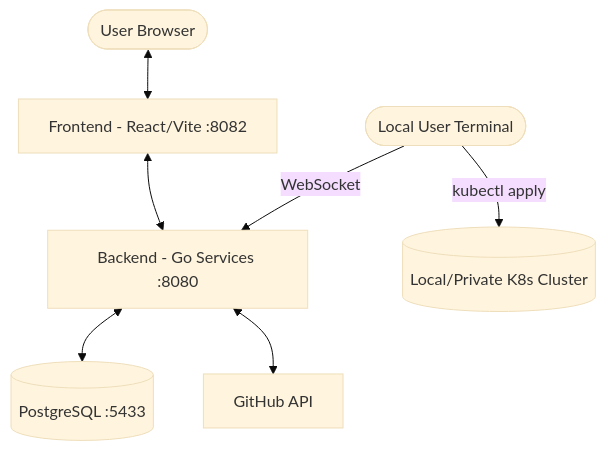
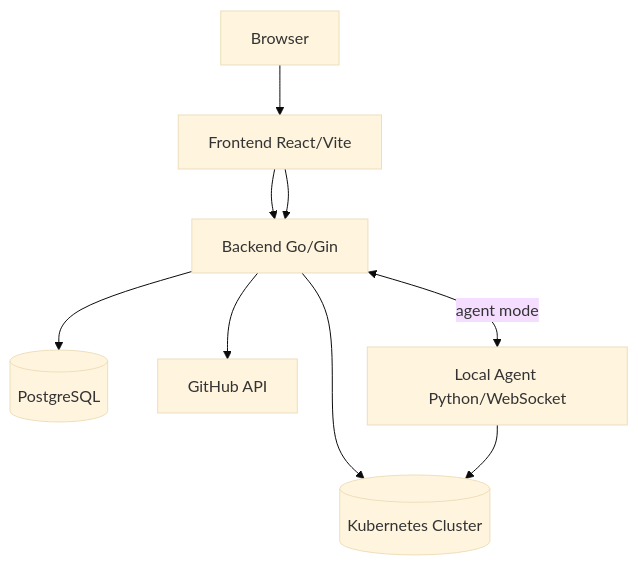
One commit to Aegios-k8s/major-project changed the diagram in README.md. Above: the diagram before and after it, drawn with Mermaid (base theme). The commit also changed other lines of this file and 11 other files, not shown here.

````diff
--- a/README.md
+++ b/README.md
@@ -24,17 +20,19 @@
 ```mermaid
 graph TD
-    User([User Browser])
-    Terminal([Local User Terminal])
-    Frontend[Frontend - React/Vite :8082]
-    Backend[Backend - Go Services :8080]
-    DB[(PostgreSQL :5433)]
-    GitHub[GitHub API]
-    Cluster[(Local/Private K8s Cluster)]
+    U[Browser]
+    F[Frontend React/Vite]
+    B[Backend Go/Gin]
+    DB[(PostgreSQL)]
+    GH[GitHub API]
+    CL[(Kubernetes Cluster)]
+    AG[Local Agent Python/WebSocket]
 
-    User <--> Frontend
-    Frontend <--> Backend
-    Backend <--> DB
-    Backend <--> GitHub
-    Terminal -- WebSocket --> Backend
-    Terminal -- kubectl apply --> Cluster
+    U --> F
+    F --> B
+    B --> DB
+    B --> GH
+    F --> B
+    B --> CL
+    B <-->|agent mode| AG
+    AG --> CL
 ```
````
